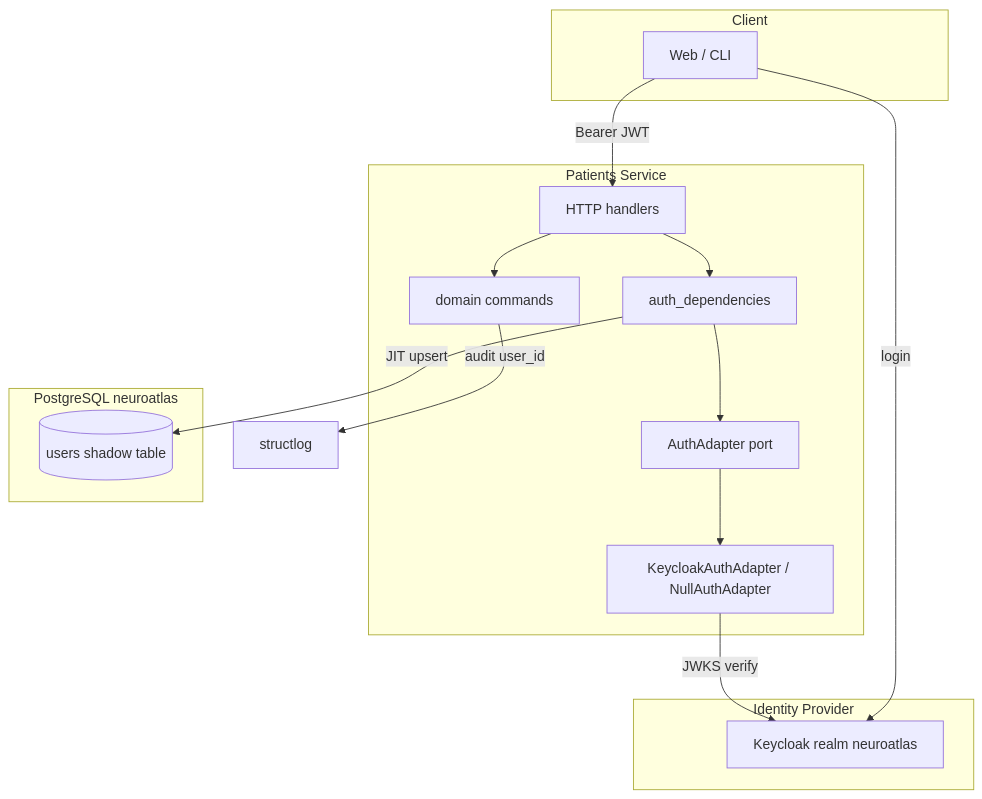
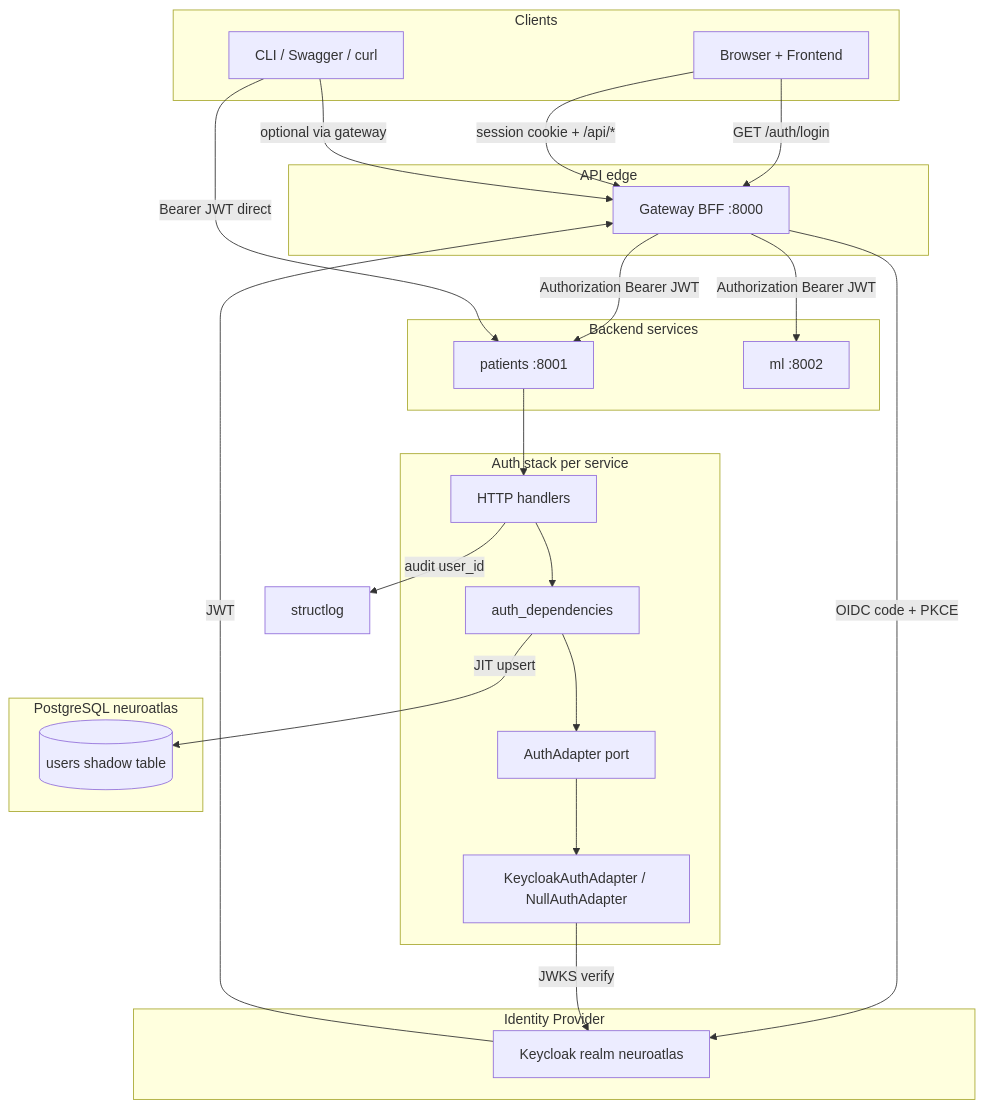
The diagram in docs/diagrams/auth-architecture.md (neurojihad/neuroatlas-ai), drawn with Mermaid before and after one commit. The commit also changed other lines of this file and 9 other files, not shown here.

Commit message:
NLS-007: fix diagrams

````diff
--- a/docs/diagrams/auth-architecture.md
+++ b/docs/diagrams/auth-architecture.md
@@ -8,32 +11,49 @@
 ```mermaid
 flowchart TB
-    subgraph client [Client]
-        UI[Web / CLI]
+    subgraph client [Clients]
+        Browser[Browser + Frontend]
+        CLI[CLI / Swagger / curl]
+    end
+
+    subgraph edge [API edge]
+        GW[Gateway BFF :8000]
     end
 
     subgraph idp [Identity Provider]
         KC[Keycloak realm neuroatlas]
     end
 
-    subgraph api [Patients Service]
+    subgraph services [Backend services]
+        PAT[patients :8001]
+        ML[ml :8002]
+    end
+
+    subgraph auth [Auth stack per service]
         H[HTTP handlers]
         DEP[auth_dependencies]
         PORT[AuthAdapter port]
         ADAPT[KeycloakAuthAdapter / NullAuthAdapter]
-        CMD[domain commands]
     end
 
     subgraph db [PostgreSQL neuroatlas]
         USERS[(users shadow table)]
     end
 
-    UI -->|login| KC
-    UI -->|Bearer JWT| H
+    Browser -->|GET /auth/login| GW
+    GW -->|OIDC code + PKCE| KC
+    KC -->|JWT| GW
+    Browser -->|session cookie + /api/*| GW
+    GW -->|Authorization Bearer JWT| PAT
+    GW -->|Authorization Bearer JWT| ML
+
+    CLI -->|Bearer JWT direct| PAT
+    CLI -->|optional via gateway| GW
+
+    PAT --> H
     H --> DEP
     DEP --> PORT
     PORT --> ADAPT
     ADAPT -->|JWKS verify| KC
     DEP -->|JIT upsert| USERS
-    H --> CMD
-    CMD -->|audit user_id| LOG[structlog]
+    H -->|audit user_id| LOG[structlog]
 ```
````
